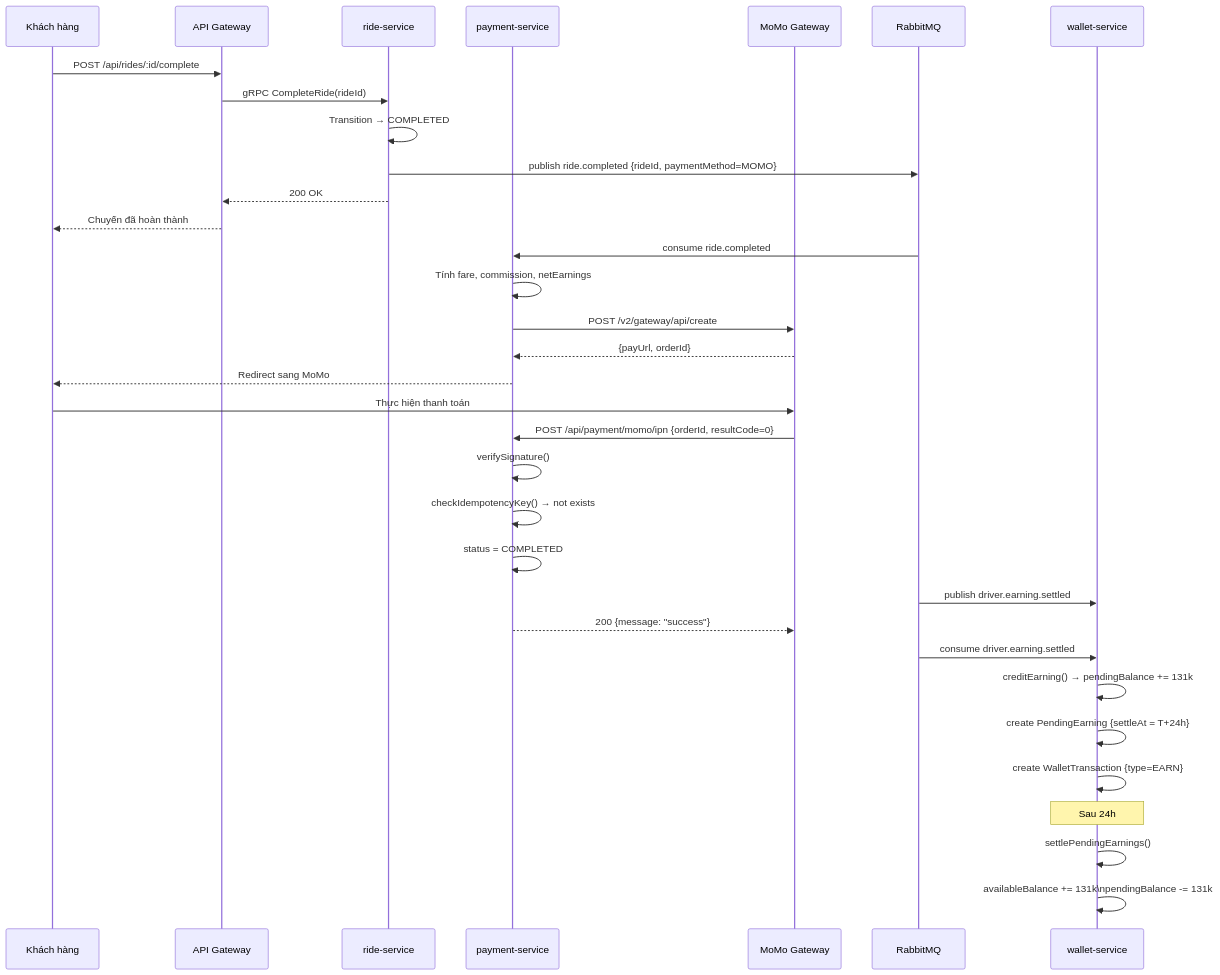
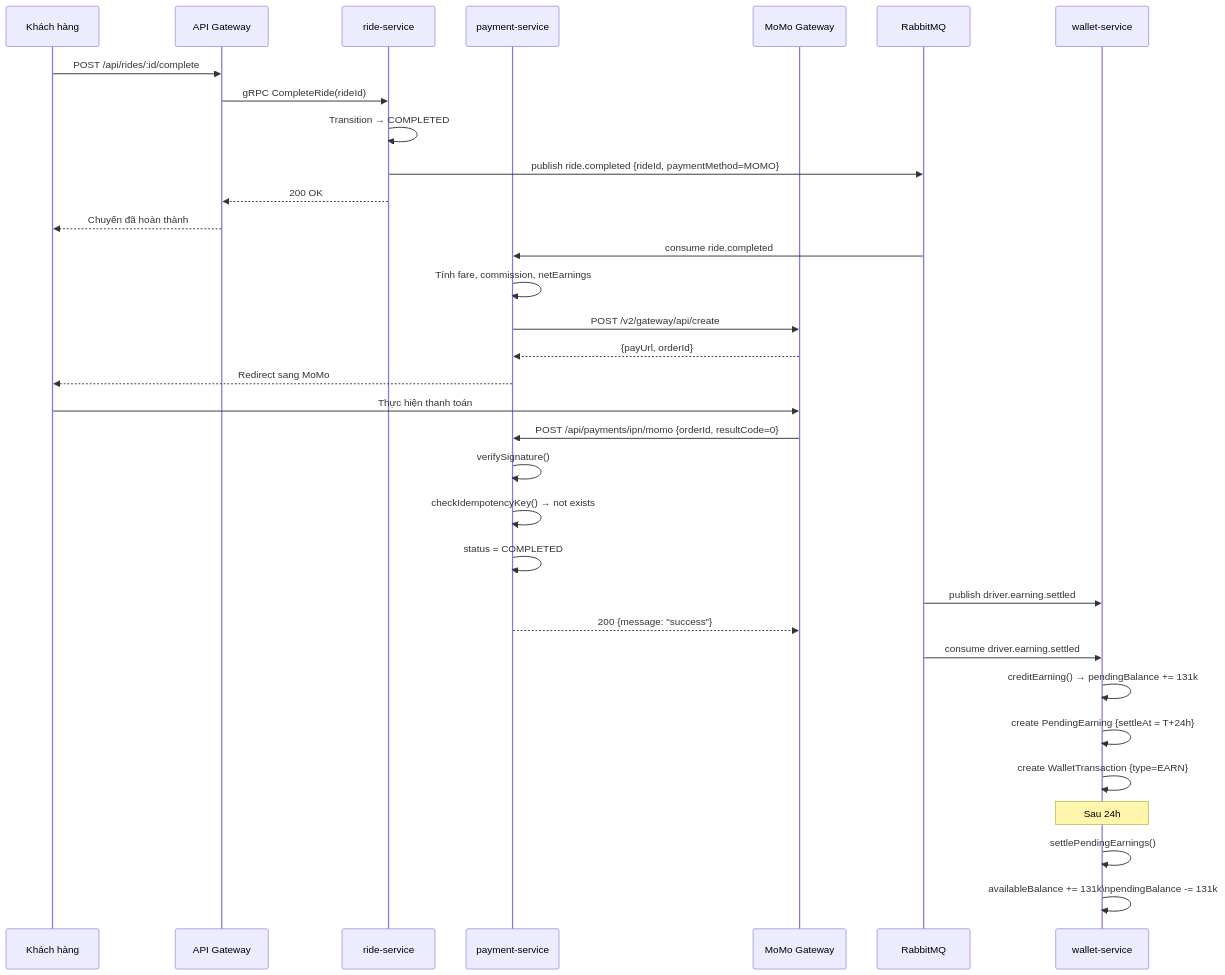
Before and after one commit to foxxiee04/Cab-Booking-System-Project: diagram 11 of 23 in docs/bao-cao-kltn.md, drawn with Mermaid. The commit also changed other lines of this file and 99 other files, not shown here.

````diff
--- a/docs/bao-cao-kltn.md
+++ b/docs/bao-cao-kltn.md
@@ -1349,40 +1349,40 @@
 ```mermaid
 sequenceDiagram
     participant KH as Khách hàng
     participant GW as API Gateway
     participant RIDE as ride-service
     participant PAY as payment-service
     participant MoMo as MoMo Gateway
     participant MQ as RabbitMQ
     participant WALLET as wallet-service
 
     KH->>GW: POST /api/rides/:id/complete
     GW->>RIDE: gRPC CompleteRide(rideId)
     RIDE->>RIDE: Transition → COMPLETED
     RIDE->>MQ: publish ride.completed {rideId, paymentMethod=MOMO}
     RIDE-->>GW: 200 OK
     GW-->>KH: Chuyến đã hoàn thành
 
     MQ->>PAY: consume ride.completed
     PAY->>PAY: Tính fare, commission, netEarnings
     PAY->>MoMo: POST /v2/gateway/api/create
     MoMo-->>PAY: {payUrl, orderId}
     PAY-->>KH: Redirect sang MoMo
 
     KH->>MoMo: Thực hiện thanh toán
-    MoMo->>PAY: POST /api/payment/momo/ipn {orderId, resultCode=0}
+    MoMo->>PAY: POST /api/payments/ipn/momo {orderId, resultCode=0}
     PAY->>PAY: verifySignature()
     PAY->>PAY: checkIdempotencyKey() → not exists
     PAY->>PAY: status = COMPLETED
     MQ->>WALLET: publish driver.earning.settled
     PAY-->>MoMo: 200 {message: "success"}
 
     MQ->>WALLET: consume driver.earning.settled
     WALLET->>WALLET: creditEarning() → pendingBalance += 131k
     WALLET->>WALLET: create PendingEarning {settleAt = T+24h}
     WALLET->>WALLET: create WalletTransaction {type=EARN}
 
     Note over WALLET: Sau 24h
     WALLET->>WALLET: settlePendingEarnings()
     WALLET->>WALLET: availableBalance += 131k\npendingBalance -= 131k
 ```
````
